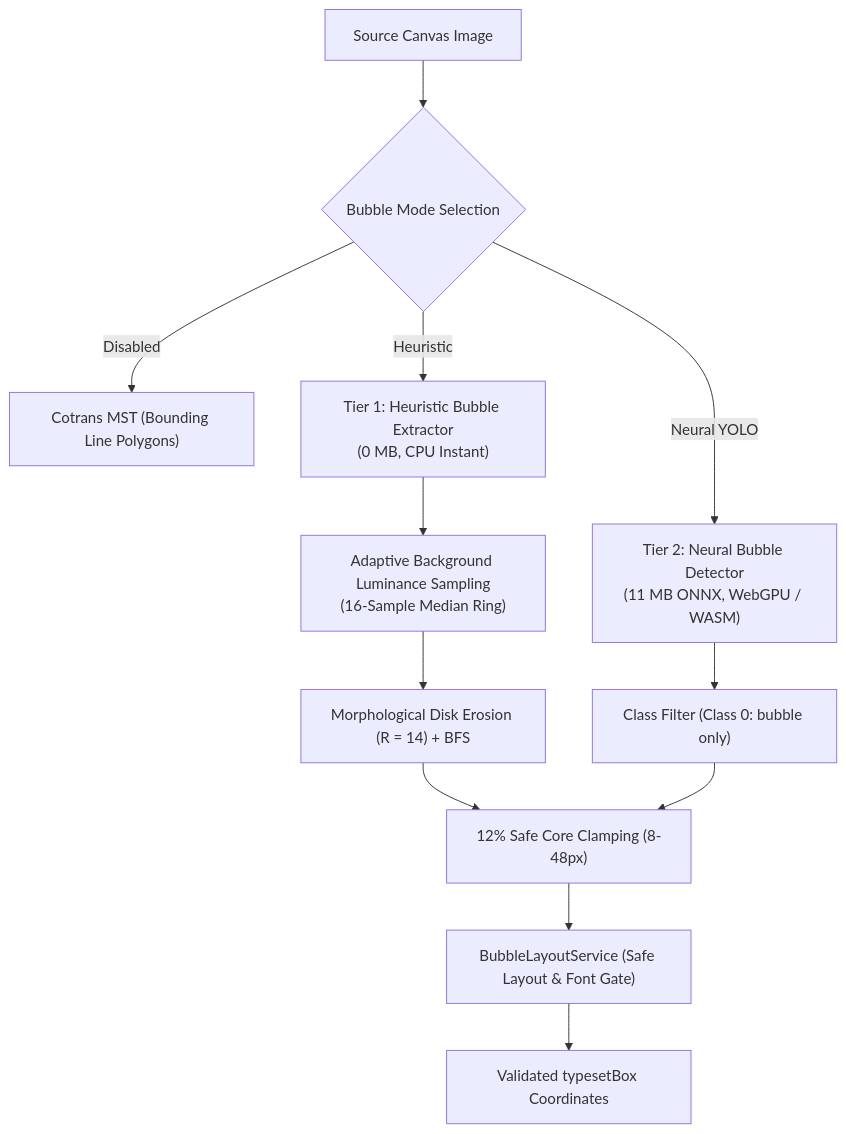
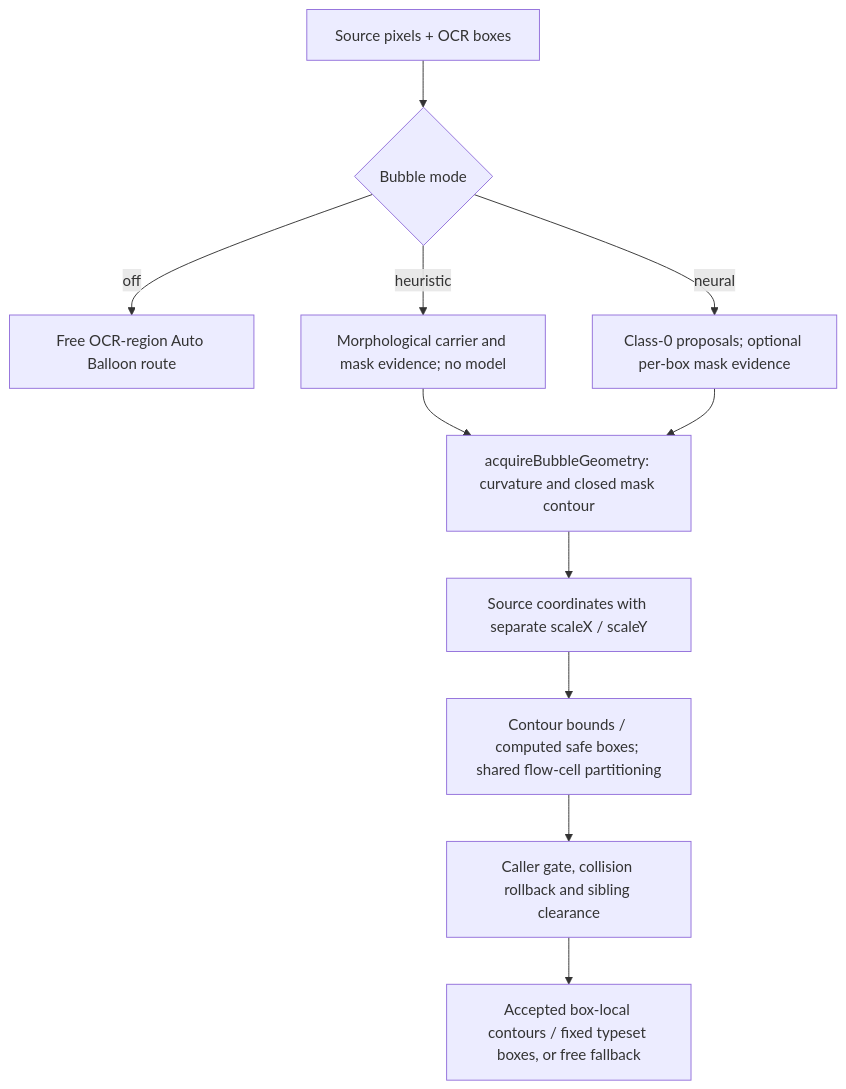
One commit to Unheat/Kites changed the fourth of 4 diagrams in docs/architecture/models-and-runtimes.md. Above: the diagram before and after it, drawn with Mermaid. The commit also changed other lines of this file and 28 other files, not shown here.

Commit message:
docs: reconcile merged font and contour pipeline contracts and investigation history

````diff
--- a/docs/architecture/models-and-runtimes.md
+++ b/docs/architecture/models-and-runtimes.md
@@ -166,17 +166,13 @@
 ```mermaid
-graph TD
-    InputImage["Source Canvas Image"] --> RouteChoice{"Bubble Mode Selection"}
-    RouteChoice -->|Disabled| ClassicPath["Cotrans MST (Bounding Line Polygons)"]
-    RouteChoice -->|Heuristic| HeuristicExtractor["Tier 1: Heuristic Bubble Extractor<br/>(0 MB, CPU Instant)"]
-    RouteChoice -->|Neural YOLO| NeuralDetector["Tier 2: Neural Bubble Detector<br/>(11 MB ONNX, WebGPU / WASM)"]
-
-    HeuristicExtractor --> AdaptiveLum["Adaptive Background Luminance Sampling<br/>(16-Sample Median Ring)"]
-    AdaptiveLum --> DiskErosion["Morphological Disk Erosion (R = 14) + BFS"]
-    DiskErosion --> CoreInset["12% Safe Core Clamping (8-48px)"]
-
-    NeuralDetector --> ClassFilter["Class Filter (Class 0: bubble only)"]
-    ClassFilter --> CoreInset
-
-    CoreInset --> LayoutService["BubbleLayoutService (Safe Layout & Font Gate)"]
-    LayoutService --> OutputBoxes["Validated typesetBox Coordinates"]
+flowchart TD
+    Source["Source pixels + OCR boxes"] --> Mode{"Bubble mode"}
+    Mode -->|off| Free["Free OCR-region Auto Balloon route"]
+    Mode -->|heuristic| Heuristic["Morphological carrier and mask evidence; no model"]
+    Mode -->|neural| Neural["Class-0 proposals; optional per-box mask evidence"]
+    Heuristic --> Acquire["acquireBubbleGeometry: curvature and closed mask contour"]
+    Neural --> Acquire
+    Acquire --> Coordinates["Source coordinates with separate scaleX / scaleY"]
+    Coordinates --> Resolve["Contour bounds / computed safe boxes; shared flow-cell partitioning"]
+    Resolve --> Validate["Caller gate, collision rollback and sibling clearance"]
+    Validate --> Layout["Accepted box-local contours / fixed typeset boxes, or free fallback"]
 ```
````
